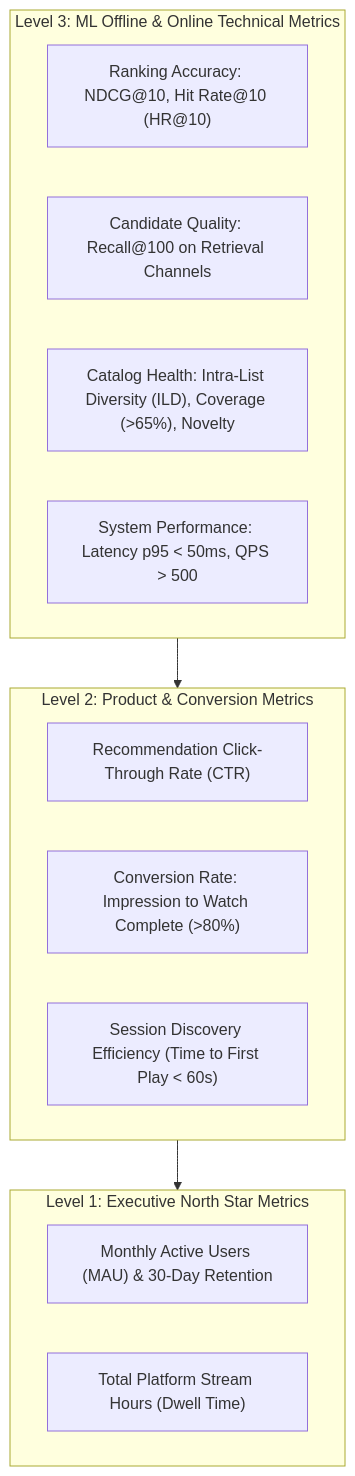
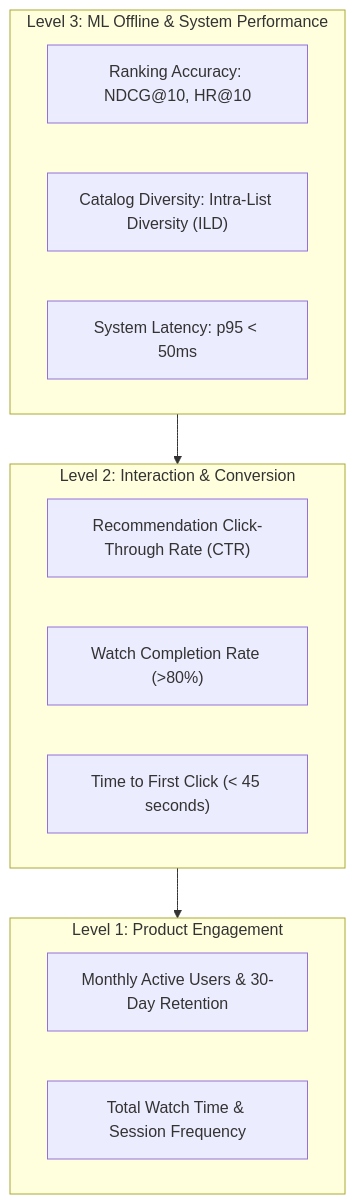
The second of 2 diagrams in docs/business-requirements.md (dducsw/movie-recsys), drawn with Mermaid before and after one commit. The commit also changed other lines of this file and 204 other files, not shown here.

````diff
--- a/docs/business-requirements.md
+++ b/docs/business-requirements.md
@@ -57,23 +35,22 @@
 ```mermaid
 graph TD
-    subgraph Level1 ["Level 1: Executive North Star Metrics"]
-        NS1["Monthly Active Users (MAU) & 30-Day Retention"]
-        NS2["Total Platform Stream Hours (Dwell Time)"]
+    subgraph Level1 ["Level 1: Product Engagement"]
+        NS1["Monthly Active Users & 30-Day Retention"]
+        NS2["Total Watch Time & Session Frequency"]
     end
 
-    subgraph Level2 ["Level 2: Product & Conversion Metrics"]
+    subgraph Level2 ["Level 2: Interaction & Conversion"]
         P1["Recommendation Click-Through Rate (CTR)"]
-        P2["Conversion Rate: Impression to Watch Complete (>80%)"]
-        P3["Session Discovery Efficiency (Time to First Play < 60s)"]
+        P2["Watch Completion Rate (>80%)"]
+        P3["Time to First Click (< 45 seconds)"]
     end
 
-    subgraph Level3 ["Level 3: ML Offline & Online Technical Metrics"]
-        T1["Ranking Accuracy: NDCG@10, Hit Rate@10 (HR@10)"]
-        T2["Candidate Quality: Recall@100 on Retrieval Channels"]
-        T3["Catalog Health: Intra-List Diversity (ILD), Coverage (>65%), Novelty"]
-        T4["System Performance: Latency p95 < 50ms, QPS > 500"]
+    subgraph Level3 ["Level 3: ML Offline & System Performance"]
+        T1["Ranking Accuracy: NDCG@10, HR@10"]
+        T2["Catalog Diversity: Intra-List Diversity (ILD)"]
+        T3["System Latency: p95 < 50ms"]
     end
 
     Level3 --> Level2
     Level2 --> Level1
 ```
````
